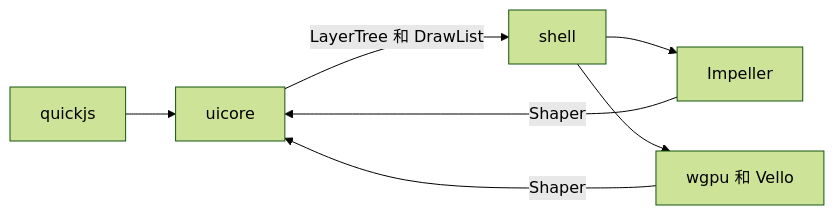
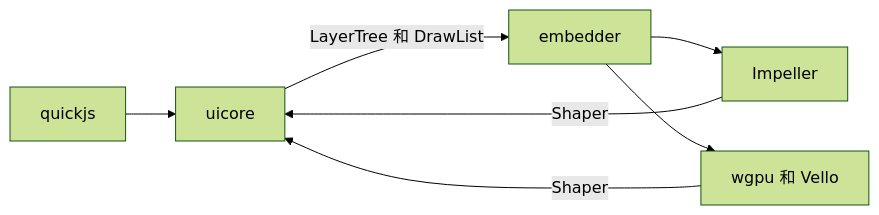
One commit to peterich-rs/Impasto changed the diagram in docs/rendering-design.md. Above: the diagram before and after it, drawn with Mermaid (forest theme). The commit also changed other lines of this file and 301 other files, not shown here.

````diff
--- a/docs/rendering-design.md
+++ b/docs/rendering-design.md
@@ -7,9 +7,9 @@
 ```mermaid
 flowchart LR
     Q[quickjs] --> U[uicore]
-    U -->|LayerTree 和 DrawList| S[shell]
+    U -->|LayerTree 和 DrawList| S[embedder]
     S --> I[Impeller]
     S --> W[wgpu 和 Vello]
     I -->|Shaper| U
     W -->|Shaper| U
 ```
````
